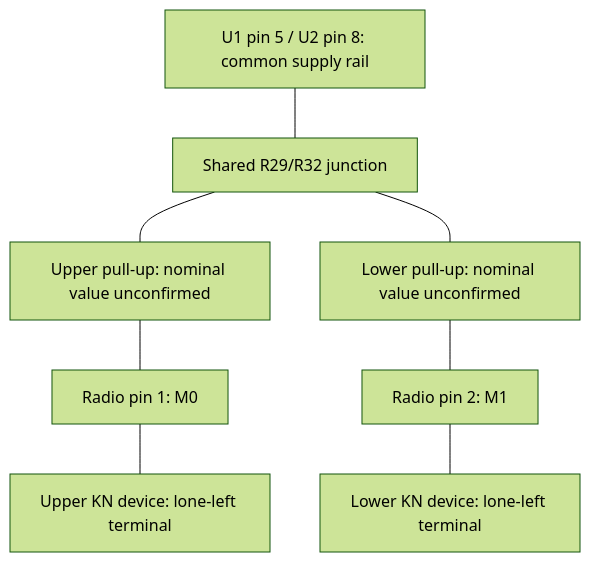
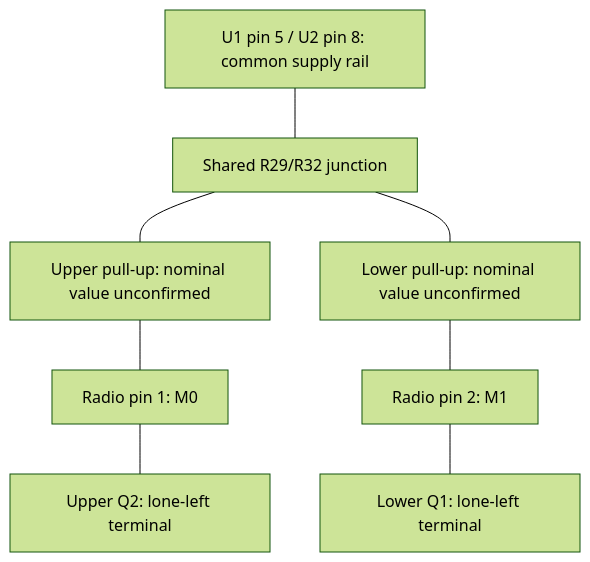
Before and after one commit to rambo/dmdt-865_expansion: the second of 2 diagrams in docs/measurements.md, drawn with Mermaid (forest theme). The commit also changed other lines of this file and 1 other file, not shown here.

Commit message:
docs: confirm Q2 M0 and Q1 M1 terminal assignments

````diff
--- a/docs/measurements.md
+++ b/docs/measurements.md
@@ -585,10 +588,10 @@
 ```mermaid
 flowchart TB
     V["U1 pin 5 / U2 pin 8: common supply rail"] --- J["Shared R29/R32 junction"]
     J --- RU["Upper pull-up: nominal value unconfirmed"]
     J --- RL["Lower pull-up: nominal value unconfirmed"]
     RU --- M0["Radio pin 1: M0"]
     RL --- M1["Radio pin 2: M1"]
-    M0 --- QU["Upper KN device: lone-left terminal"]
-    M1 --- QL["Lower KN device: lone-left terminal"]
+    M0 --- QU["Upper Q2: lone-left terminal"]
+    M1 --- QL["Lower Q1: lone-left terminal"]
 ```
````
